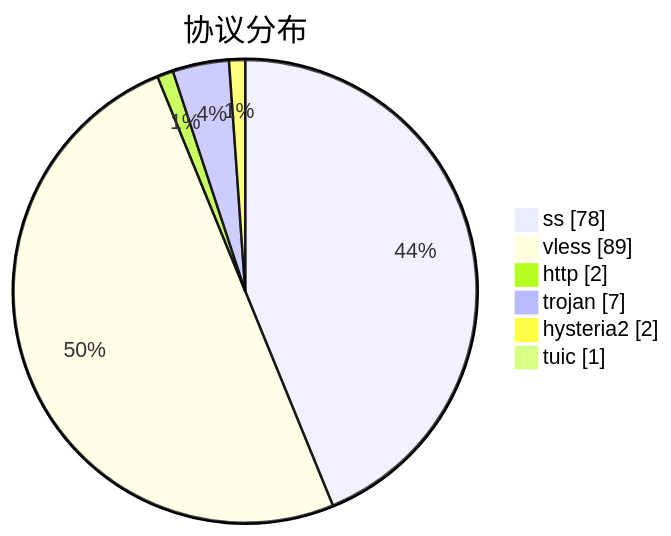
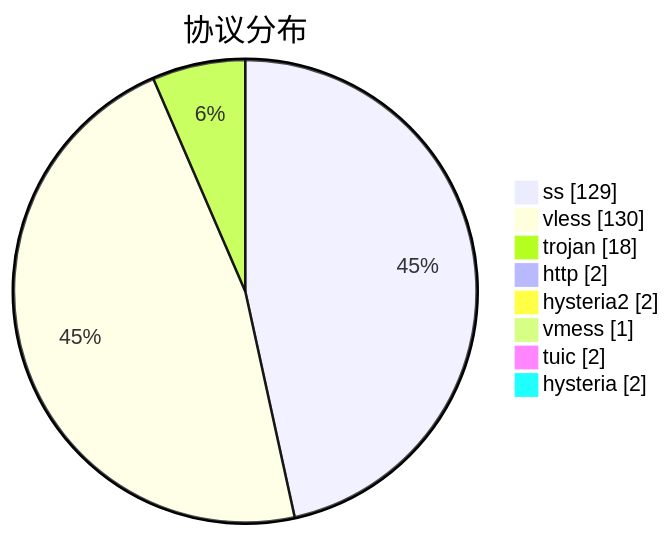
One commit to qjlxg/airport changed the third of 3 diagrams in subs/statistics/tested_within.md. Above: the diagram before and after it, drawn with Mermaid. The commit also changed other lines of this file and 2 other files, not shown here.

````diff
--- a/subs/statistics/tested_within.md
+++ b/subs/statistics/tested_within.md
@@ -25,10 +30,12 @@
 ```mermaid
 pie showData
 title 协议分布
-"ss" : 78
-"vless" : 89
+"ss" : 129
+"vless" : 130
+"trojan" : 18
 "http" : 2
-"trojan" : 7
 "hysteria2" : 2
-"tuic" : 1
+"vmess" : 1
+"tuic" : 2
+"hysteria" : 2
 ```
````
